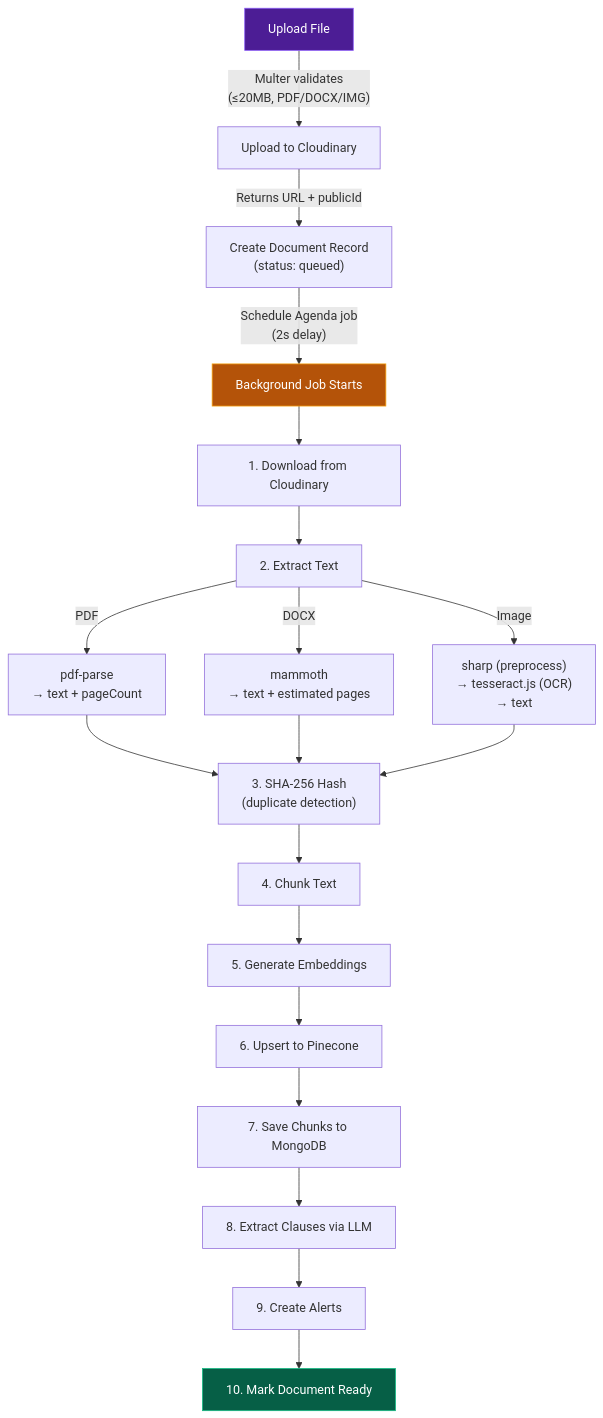
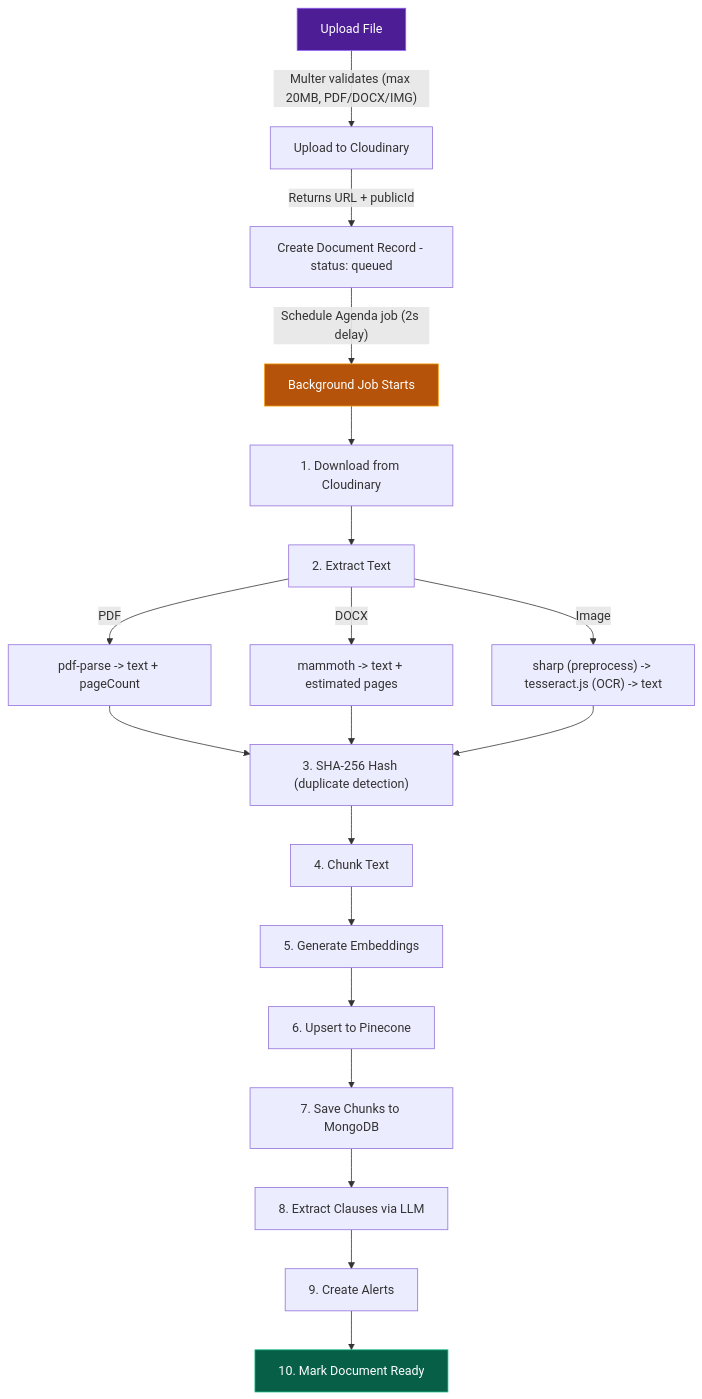
One commit to AniketB26/What-I-Signed changed the fifth of 9 diagrams in README.md. Above: the diagram before and after it, drawn with Mermaid. The commit also changed other lines of this file, not shown here.

Commit message:
docs: fix all mermaid diagram rendering issues

````diff
--- a/README.md
+++ b/README.md
@@ -413,30 +413,30 @@
 ```mermaid
 graph TD
     UP["Upload File"]
-    UP -->|"Multer validates\n(≤20MB, PDF/DOCX/IMG)"| CLD["Upload to Cloudinary"]
-    CLD -->|"Returns URL + publicId"| DB1["Create Document Record\n(status: queued)"]
-    DB1 -->|"Schedule Agenda job\n(2s delay)"| JOB["Background Job Starts"]
+    UP -->|"Multer validates (max 20MB, PDF/DOCX/IMG)"| CLD["Upload to Cloudinary"]
+    CLD -->|"Returns URL + publicId"| DB1["Create Document Record - status: queued"]
+    DB1 -->|"Schedule Agenda job (2s delay)"| JOB["Background Job Starts"]
 
     JOB --> DL["1. Download from Cloudinary"]
     DL --> EXT["2. Extract Text"]
 
-    EXT -->|PDF| PDF["pdf-parse\n→ text + pageCount"]
-    EXT -->|DOCX| DOCX["mammoth\n→ text + estimated pages"]
-    EXT -->|Image| OCR["sharp (preprocess)\n→ tesseract.js (OCR)\n→ text"]
+    EXT -->|PDF| PDF["pdf-parse -> text + pageCount"]
+    EXT -->|DOCX| DOCX["mammoth -> text + estimated pages"]
+    EXT -->|Image| OCR["sharp (preprocess) -> tesseract.js (OCR) -> text"]
 
-    PDF --> HASH["3. SHA-256 Hash\n(duplicate detection)"]
+    PDF --> HASH["3. SHA-256 Hash (duplicate detection)"]
     DOCX --> HASH
     OCR --> HASH
 
     HASH --> CHUNK["4. Chunk Text"]
     CHUNK --> EMB["5. Generate Embeddings"]
     EMB --> PIN["6. Upsert to Pinecone"]
     PIN --> SAVE["7. Save Chunks to MongoDB"]
     SAVE --> CLAUSE["8. Extract Clauses via LLM"]
     CLAUSE --> ALERT["9. Create Alerts"]
     ALERT --> READY["10. Mark Document Ready"]
 
     style UP fill:#4c1d95,stroke:#8b5cf6,color:#fff
     style JOB fill:#b45309,stroke:#f59e0b,color:#fff
     style READY fill:#065f46,stroke:#10b981,color:#fff
 ```
````
